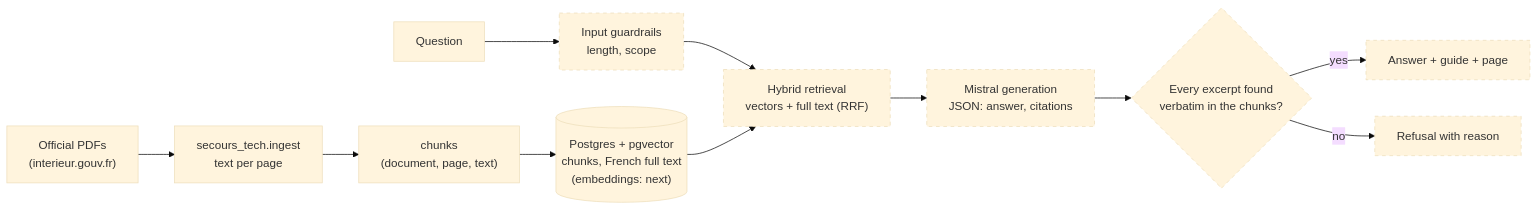
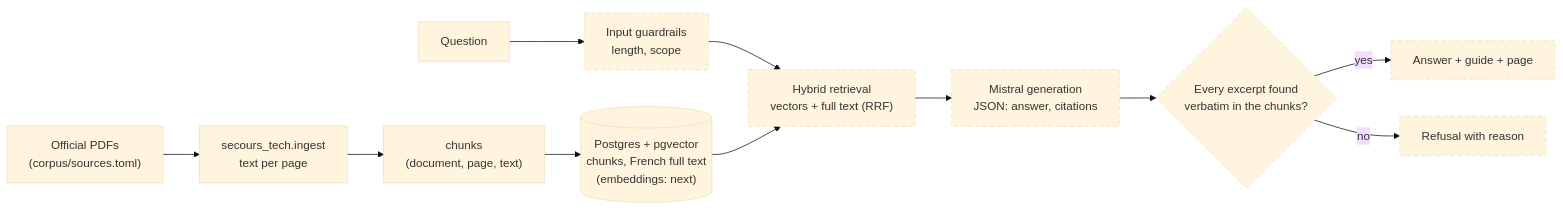
Before and after one commit to gabrielkpo/secours-tech: the first of 2 diagrams in README.md, drawn with Mermaid (base theme). The commit also changed other lines of this file and 8 other files, not shown here.

````diff
--- a/README.md
+++ b/README.md
@@ -33,16 +33,16 @@
 ```mermaid
 flowchart LR
-    A["Official PDFs<br/>(interieur.gouv.fr)"] --> B["secours_tech.ingest<br/>text per page"]
+    A["Official PDFs<br/>(corpus/sources.toml)"] --> B["secours_tech.ingest<br/>text per page"]
     B --> C["chunks<br/>(document, page, text)"]
     C --> D[("Postgres + pgvector<br/>chunks, French full text<br/>(embeddings: next)")]
     Q["Question"] --> G["Input guardrails<br/>length, scope"]
     G --> R["Hybrid retrieval<br/>vectors + full text (RRF)"]
     D --> R
     R --> M["Mistral generation<br/>JSON: answer, citations"]
     M --> V{"Every excerpt found<br/>verbatim in the chunks?"}
     V -->|yes| OK["Answer + guide + page"]
     V -->|no| NO["Refusal with reason"]
 
     classDef planned stroke-dasharray: 5 5
     class G,R,M,V,OK,NO planned
 ```
````
